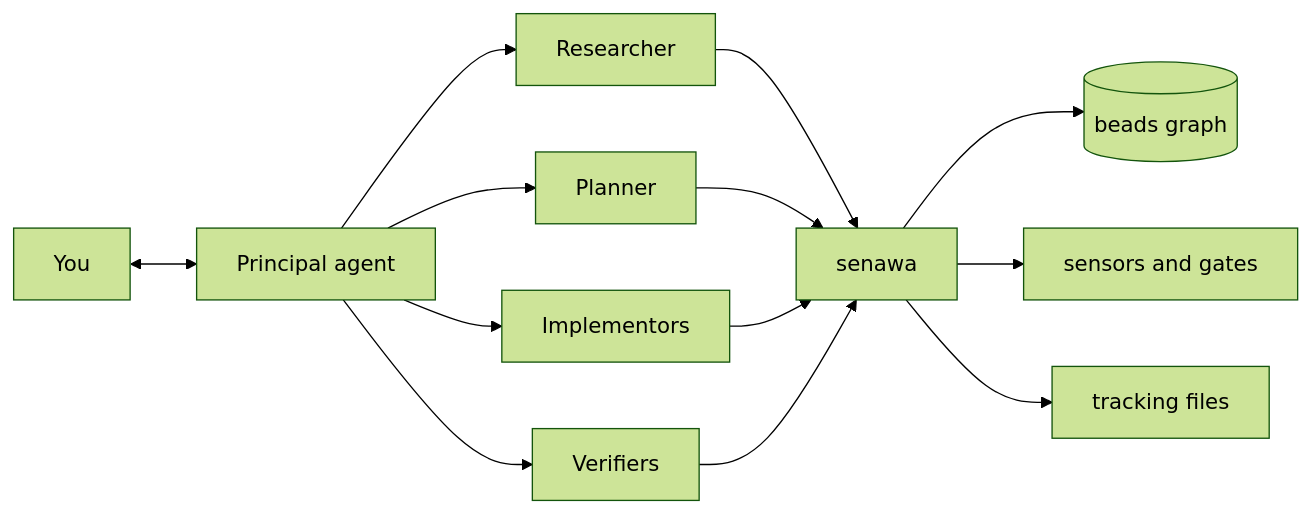
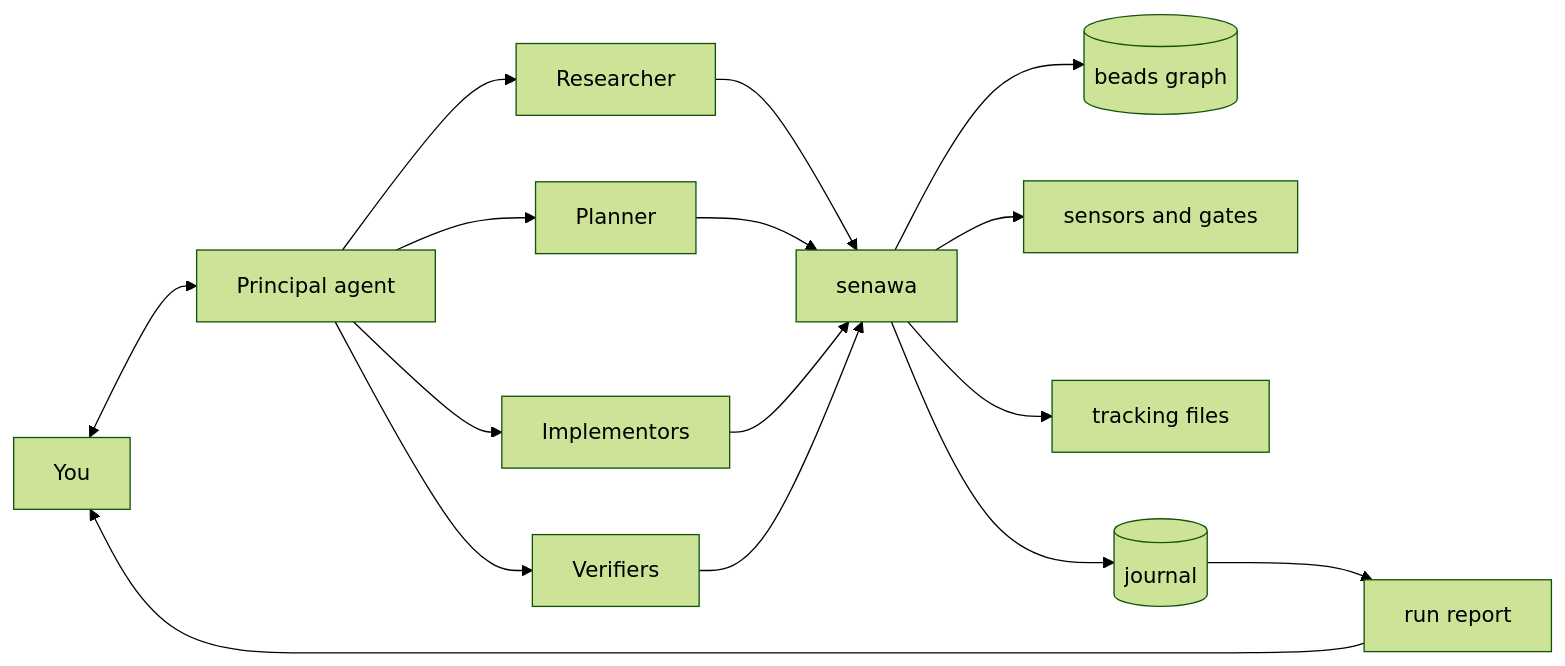
The diagram in README.md (dasiths/senawa), drawn with Mermaid (forest theme) before and after one commit. The commit also changed other lines of this file and 1 other file, not shown here.

````diff
--- a/README.md
+++ b/README.md
@@ -35,12 +37,15 @@
 ```mermaid
 flowchart LR
     H[You] <--> PA[Principal agent]
     PA --> R[Researcher]
     PA --> P[Planner]
     PA --> I[Implementors]
     PA --> V[Verifiers]
     R & P & I & V --> S[senawa]
     S --> G[(beads graph)]
     S --> SEN[sensors and gates]
     S --> T[tracking files]
+    S --> J[(journal)]
+    J --> RPT[run report]
+    RPT --> H
 ```
````
